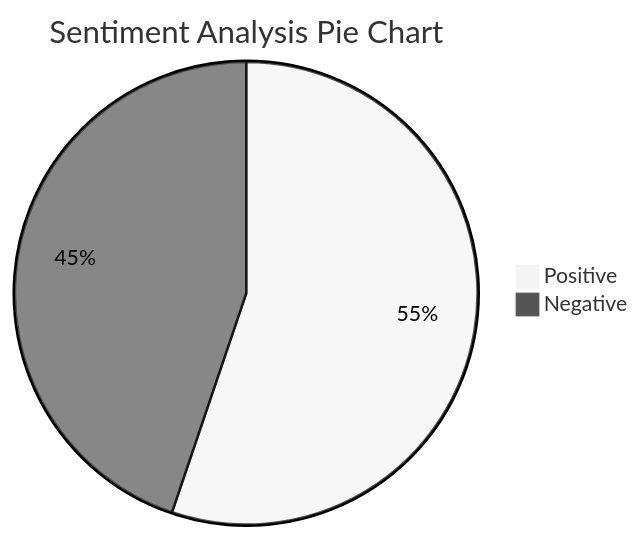
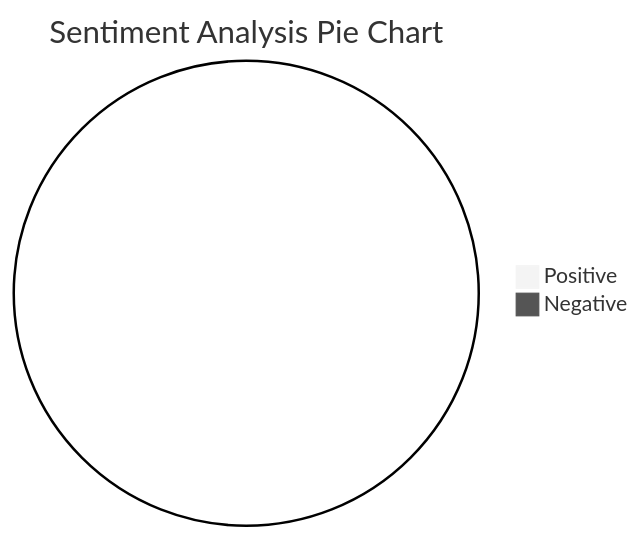
The diagram in README.md (FarrelAD/Simple-TikTok-Post-Text-Mining), drawn with Mermaid (neutral theme) before and after one commit. The commit also changed other lines of this file, not shown here.

````diff
--- a/README.md
+++ b/README.md
@@ -66,5 +64,5 @@
 ```mermaid
 pie title Sentiment Analysis Pie Chart
-    "Positive" : 276
-    "Negative" : 224
+    "Positive" : 0
+    "Negative" : 0
 ```
````
